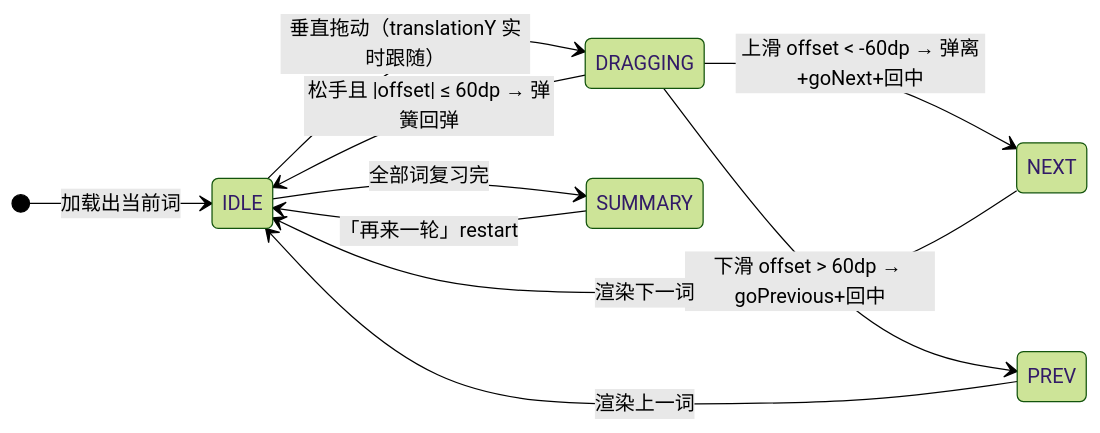
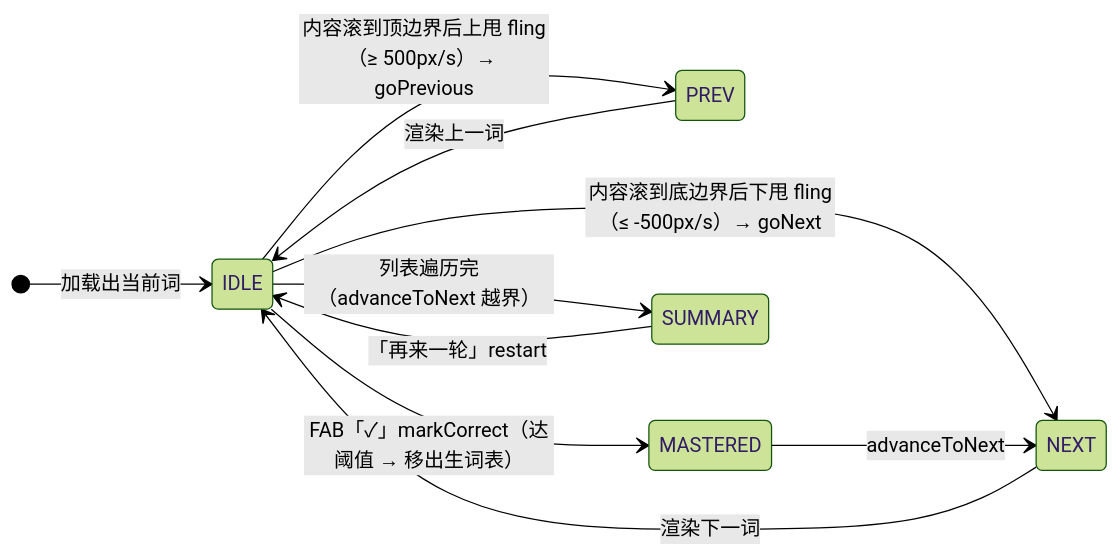
Before and after one commit to kindywu/contexta: the third of 3 diagrams in impl/app/android/app/docs/UI设计系统.md, drawn with Mermaid (forest theme). The commit also changed other lines of this file and 1 other file, not shown here.

````diff
--- a/impl/app/android/app/docs/UI设计系统.md
+++ b/impl/app/android/app/docs/UI设计系统.md
@@ -302,13 +301,13 @@
 ```mermaid
 stateDiagram-v2
     direction LR
     [*] --> IDLE: 加载出当前词
-    IDLE --> DRAGGING: 垂直拖动（translationY 实时跟随）
-    DRAGGING --> IDLE: 松手且 |offset| ≤ 60dp → 弹簧回弹
-    DRAGGING --> NEXT: 上滑 offset < -60dp → 弹离+goNext+回中
-    DRAGGING --> PREV: 下滑 offset > 60dp → goPrevious+回中
+    IDLE --> NEXT: 内容滚到底边界后下甩 fling（≤ -500px/s）→ goNext
+    IDLE --> PREV: 内容滚到顶边界后上甩 fling（≥ 500px/s）→ goPrevious
     NEXT --> IDLE: 渲染下一词
     PREV --> IDLE: 渲染上一词
-    IDLE --> SUMMARY: 全部词复习完
+    IDLE --> MASTERED: FAB「✓」markCorrect（达阈值 → 移出生词表）
+    MASTERED --> NEXT: advanceToNext
+    IDLE --> SUMMARY: 列表遍历完（advanceToNext 越界）
     SUMMARY --> IDLE: 「再来一轮」restart
 ```
````
